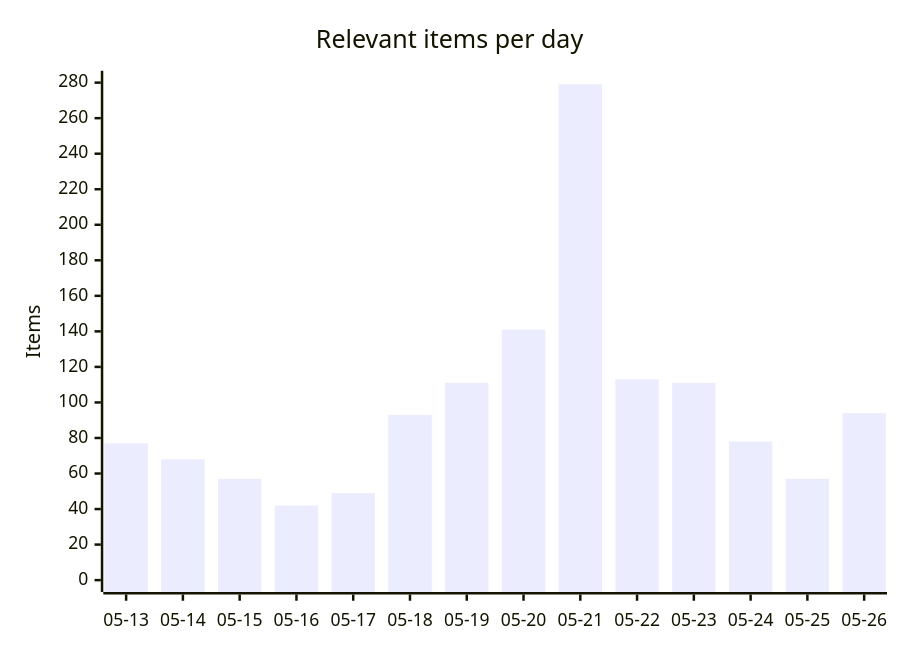
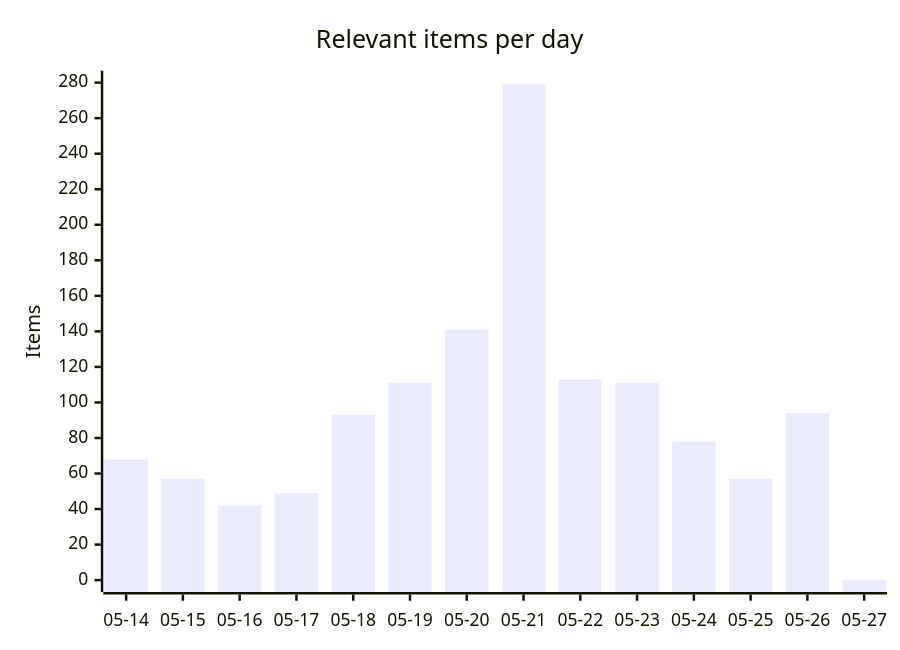
The first of 4 diagrams in README.md (martinbalfanz/social-scanner-reports), drawn with Mermaid before and after one commit. The commit also changed other lines of this file and 4 other files, not shown here.

````diff
--- a/README.md
+++ b/README.md
@@ -30,7 +30,7 @@
 ```mermaid
 xychart-beta
     title "Relevant items per day"
-    x-axis ["05-13", "05-14", "05-15", "05-16", "05-17", "05-18", "05-19", "05-20", "05-21", "05-22", "05-23", "05-24", "05-25", "05-26"]
+    x-axis ["05-14", "05-15", "05-16", "05-17", "05-18", "05-19", "05-20", "05-21", "05-22", "05-23", "05-24", "05-25", "05-26", "05-27"]
     y-axis "Items" 0 --> 280
-    bar [77, 68, 57, 42, 49, 93, 111, 141, 279, 113, 111, 78, 57, 94]
+    bar [68, 57, 42, 49, 93, 111, 141, 279, 113, 111, 78, 57, 94, 0]
 ```
````
